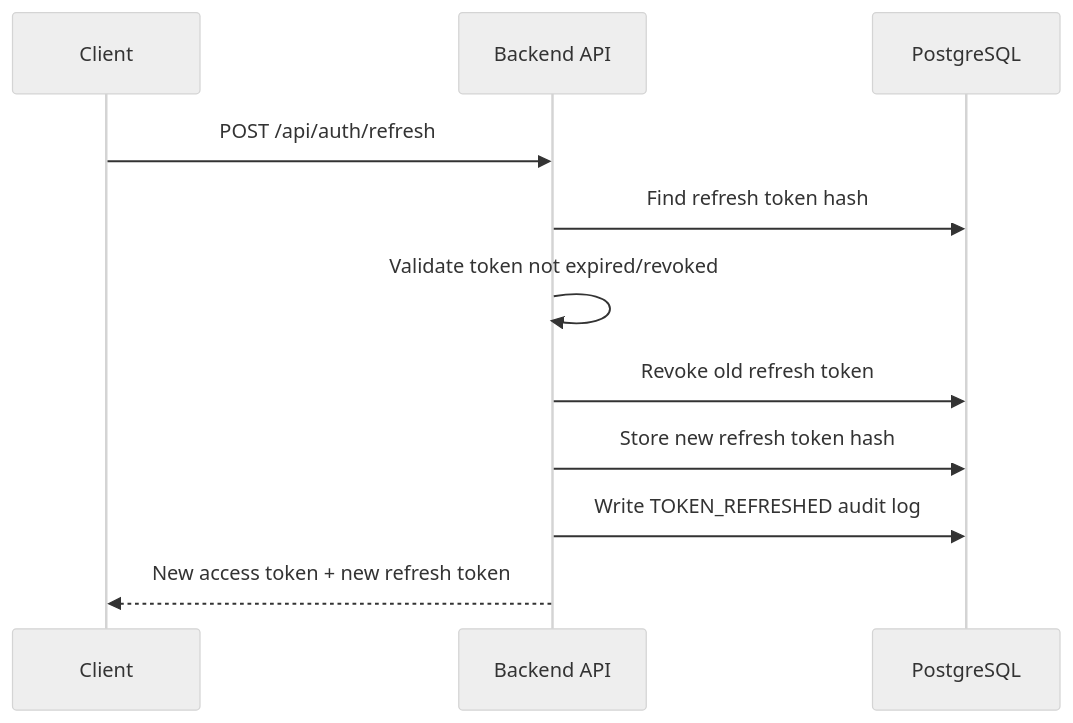
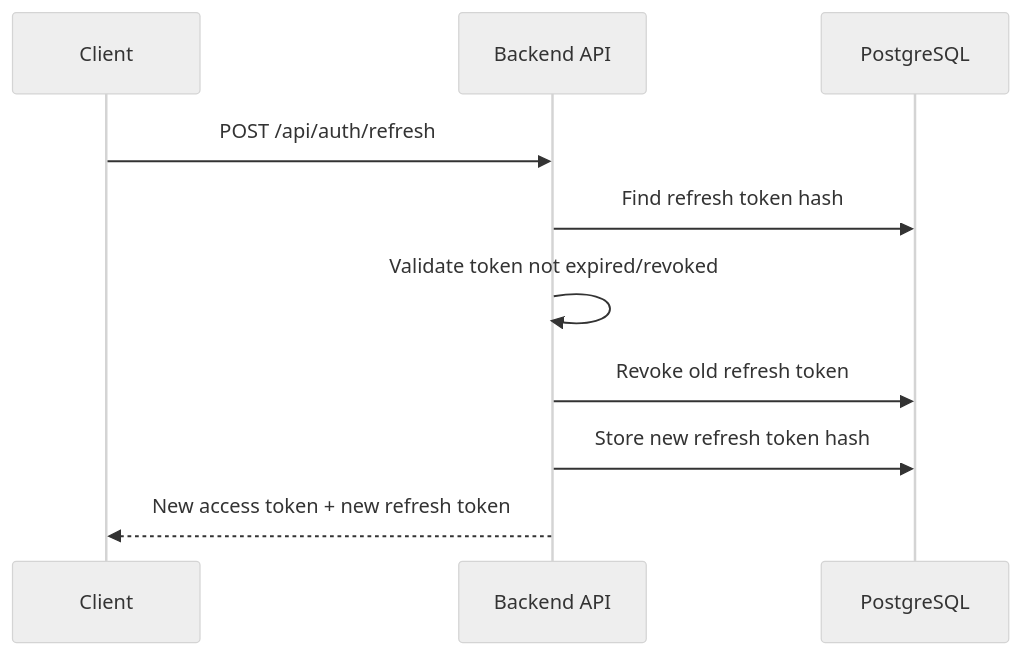
Before and after one commit to NguyenThanhTien539/unihub-workshop-system: the third of 5 diagrams in blueprint/specs/auth.md, drawn with Mermaid (neutral theme). The commit also changed other lines of this file and 8 other files, not shown here.

````diff
--- a/blueprint/specs/auth.md
+++ b/blueprint/specs/auth.md
@@ -142,14 +102,13 @@
 ```mermaid
 sequenceDiagram
     participant C as Client
     participant API as Backend API
     participant DB as PostgreSQL
 
     C->>API: POST /api/auth/refresh
     API->>DB: Find refresh token hash
     API->>API: Validate token not expired/revoked
     API->>DB: Revoke old refresh token
     API->>DB: Store new refresh token hash
-    API->>DB: Write TOKEN_REFRESHED audit log
     API-->>C: New access token + new refresh token
 ```
````
